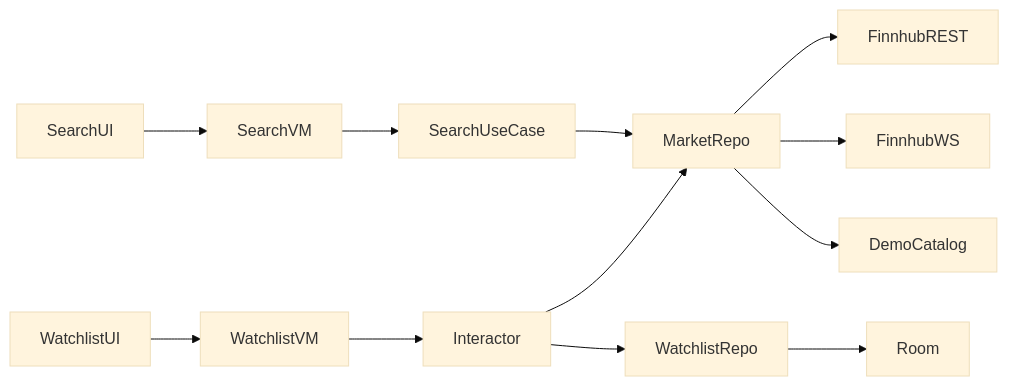
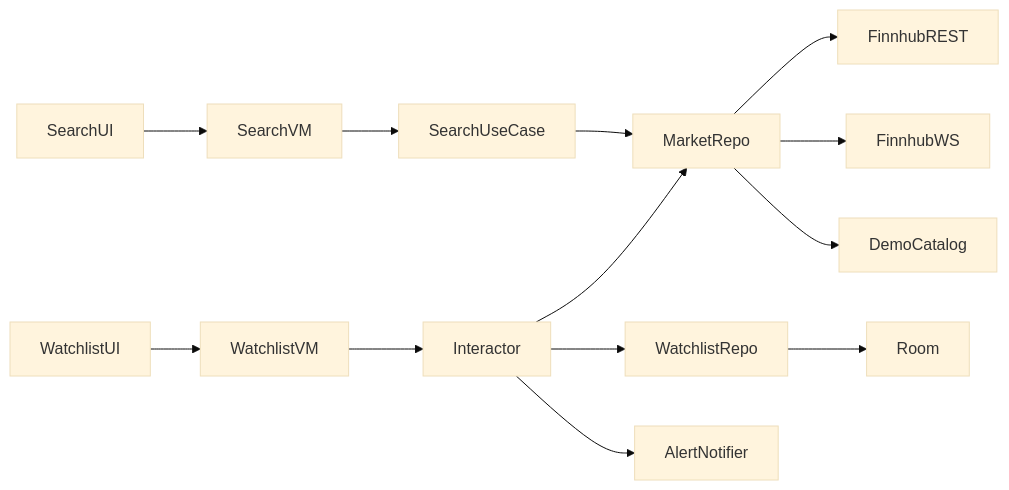
The diagram in README.md (chebrolukp/RealTimeWatchlist), drawn with Mermaid (base theme) before and after one commit. The commit also changed other lines of this file, not shown here.

````diff
--- a/README.md
+++ b/README.md
@@ -71,10 +88,11 @@
 ```mermaid
 flowchart LR
     SearchUI --> SearchVM --> SearchUseCase --> MarketRepo
     WatchlistUI --> WatchlistVM --> Interactor
     Interactor --> WatchlistRepo --> Room
     Interactor --> MarketRepo
+    Interactor --> AlertNotifier
     MarketRepo --> FinnhubREST
     MarketRepo --> FinnhubWS
     MarketRepo --> DemoCatalog
 ```
````
